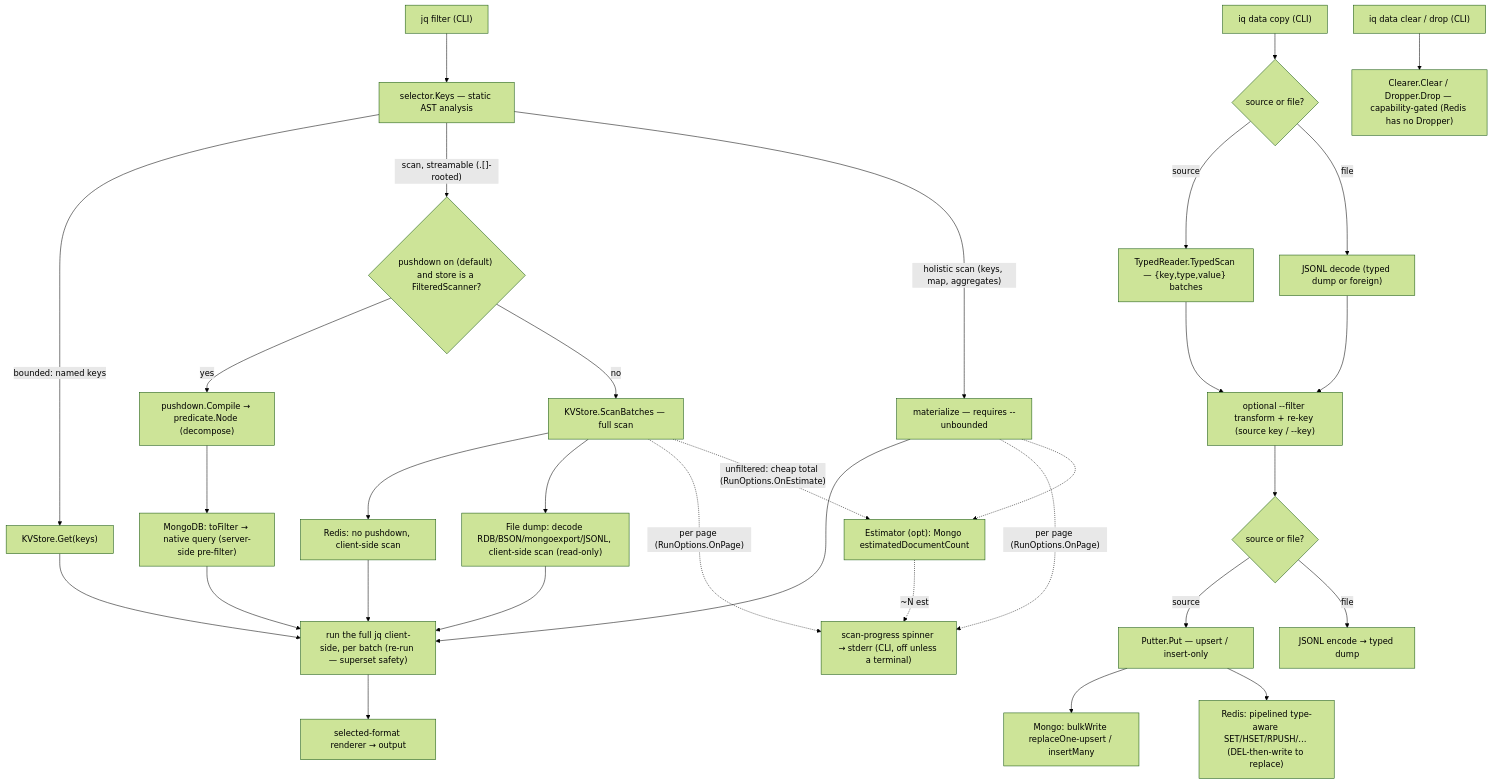
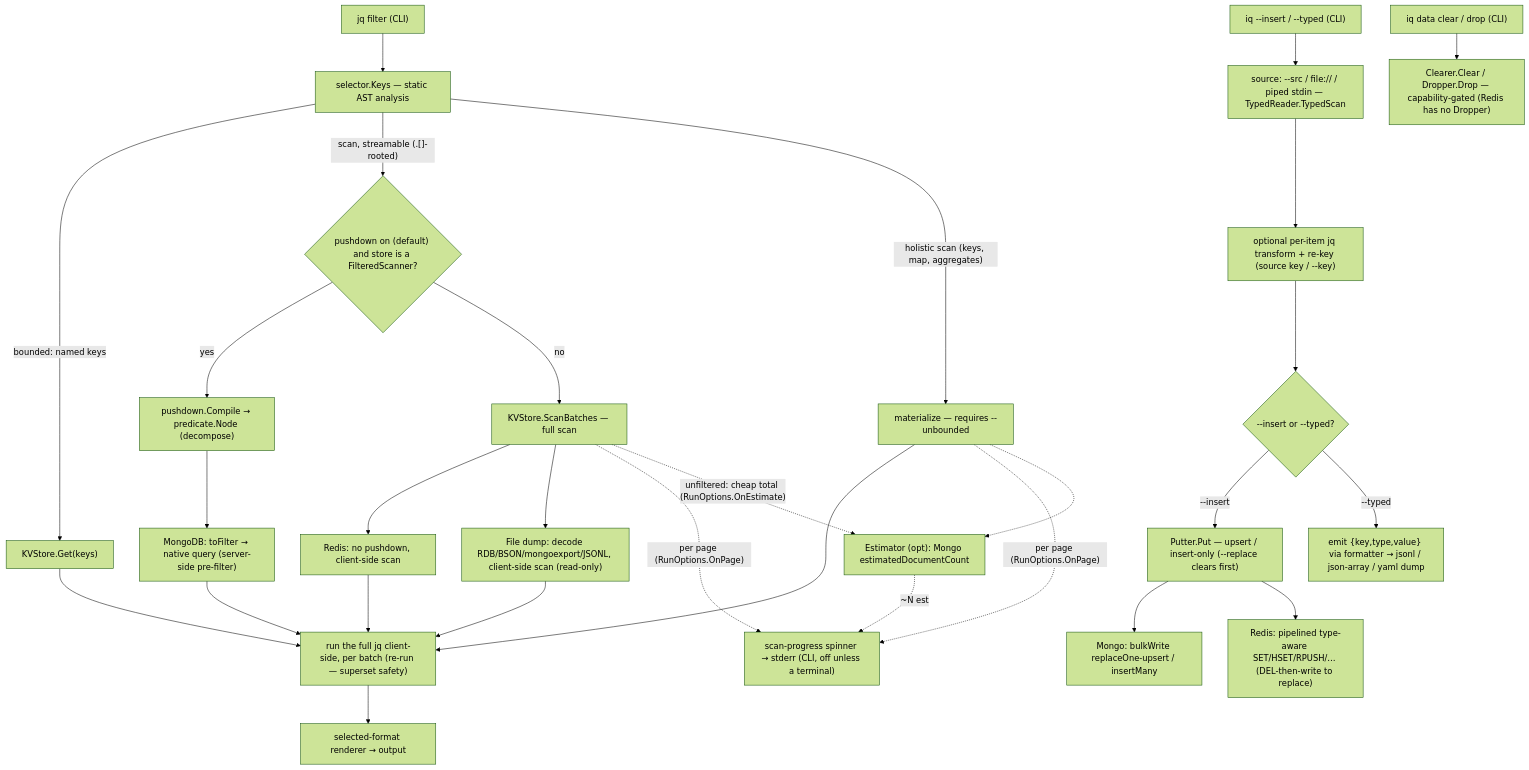
One commit to zsltg/iq changed the diagram in README.md. Above: the diagram before and after it, drawn with Mermaid (forest theme). The commit also changed other lines of this file and 15 other files, not shown here.

````diff
--- a/README.md
+++ b/README.md
@@ -708,39 +704,36 @@
 ```mermaid
 graph TD
   F["jq filter (CLI)"] --> SEL["selector.Keys — static AST analysis"]
   SEL -->|"bounded: named keys"| GET["KVStore.Get(keys)"]
   SEL -->|"scan, streamable (.[]-rooted)"| CMP{"pushdown on (default) and store is a FilteredScanner?"}
   SEL -->|"holistic scan (keys, map, aggregates)"| MAT["materialize — requires --unbounded"]
 
   CMP -->|yes| PD["pushdown.Compile → predicate.Node (decompose)"]
   CMP -->|no| RS["KVStore.ScanBatches — full scan"]
 
   PD --> MG["MongoDB: toFilter → native query (server-side pre-filter)"]
   RS --> RD["Redis: no pushdown, client-side scan"]
   RS --> FL["File dump: decode RDB/BSON/mongoexport/JSONL, client-side scan (read-only)"]
 
   GET --> JQ["run the full jq client-side, per batch (re-run — superset safety)"]
   MAT --> JQ
   MG --> JQ
   RD --> JQ
   FL --> JQ
   JQ --> OUT["selected-format renderer → output"]
 
   RS -.->|"per page (RunOptions.OnPage)"| PROG["scan-progress spinner → stderr (CLI, off unless a terminal)"]
   MAT -.->|"per page (RunOptions.OnPage)"| PROG
   RS -.->|"unfiltered: cheap total (RunOptions.OnEstimate)"| EST["Estimator (opt): Mongo estimatedDocumentCount"]
   MAT -.-> EST
   EST -.->|"~N est"| PROG
 
-  CP["iq data copy (CLI)"] --> SRC{"source or file?"}
-  SRC -->|source| TS["TypedReader.TypedScan — {key,type,value} batches"]
-  SRC -->|file| DEC["JSONL decode (typed dump or foreign)"]
-  TS --> TX["optional --filter transform + re-key (source key / --key)"]
-  DEC --> TX
-  TX --> DST{"source or file?"}
-  DST -->|source| PUT["Putter.Put — upsert / insert-only"]
-  DST -->|file| ENC["JSONL encode → typed dump"]
+  MV["iq --insert / --typed (CLI)"] --> MSRC["source: --src / file:// / piped stdin — TypedReader.TypedScan"]
+  MSRC --> TX["optional per-item jq transform + re-key (source key / --key)"]
+  TX --> DST{"--insert or --typed?"}
+  DST -->|--insert| PUT["Putter.Put — upsert / insert-only (--replace clears first)"]
+  DST -->|--typed| ENC["emit {key,type,value} via formatter → jsonl / json-array / yaml dump"]
   PUT --> MW["Mongo: bulkWrite replaceOne-upsert / insertMany"]
   PUT --> RW["Redis: pipelined type-aware SET/HSET/RPUSH/… (DEL-then-write to replace)"]
   LF["iq data clear / drop (CLI)"] --> CAP["Clearer.Clear / Dropper.Drop — capability-gated (Redis has no Dropper)"]
 ```
````
